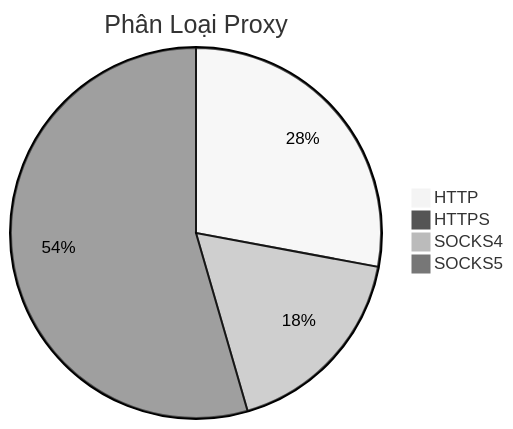
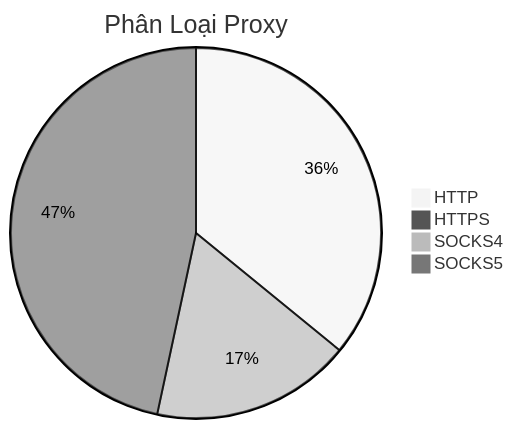
The diagram in README.md (Ciara-12/PROXY-free), drawn with Mermaid (neutral theme) before and after one commit. The commit also changed other lines of this file and 4 other files, not shown here.

````diff
--- a/README.md
+++ b/README.md
@@ -26,7 +26,7 @@
 ```mermaid
 pie title Phân Loại Proxy
-    "HTTP" : 510
-    "HTTPS" : 1
-    "SOCKS4" : 321
-    "SOCKS5" : 995
+    "HTTP" : 438
+    "HTTPS" : 0
+    "SOCKS4" : 213
+    "SOCKS5" : 569
 ```
````
